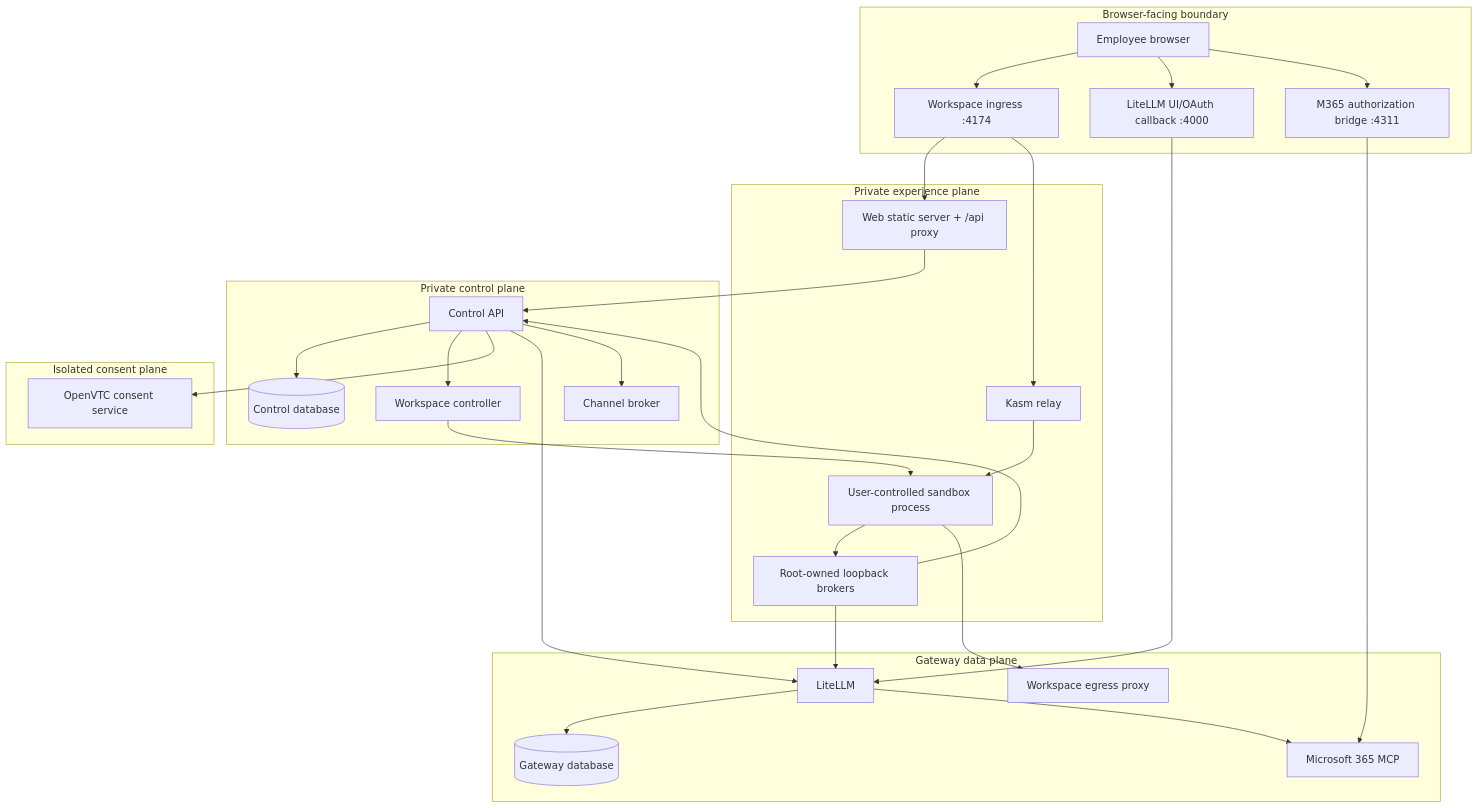
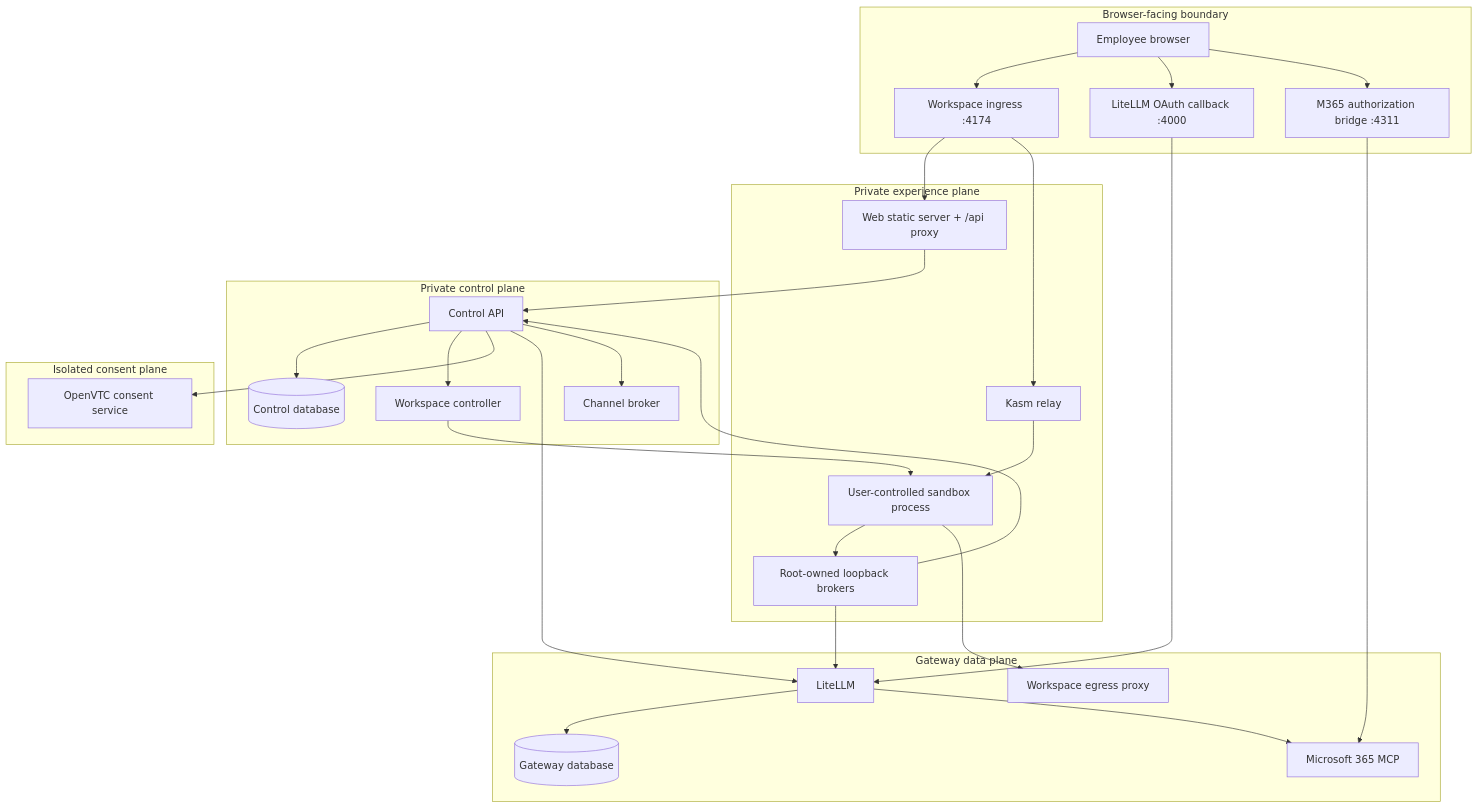
Before and after one commit to ONE-Computer/LemmaComputer: the first of 2 diagrams in docs/architecture.md, drawn with Mermaid. The commit also changed other lines of this file and 20 other files, not shown here.

````diff
--- a/docs/architecture.md
+++ b/docs/architecture.md
@@ -73,51 +77,51 @@
 ```mermaid
 flowchart TB
   subgraph Public["Browser-facing boundary"]
     Browser["Employee browser"]
     Ingress["Workspace ingress :4174"]
-    GatewayUI["LiteLLM UI/OAuth callback :4000"]
+    GatewayOAuth["LiteLLM OAuth callback :4000"]
     M365Bridge["M365 authorization bridge :4311"]
   end
 
   subgraph Experience["Private experience plane"]
     Web["Web static server + /api proxy"]
     Sandbox["User-controlled sandbox process"]
     Loopback["Root-owned loopback brokers"]
     Relay["Kasm relay"]
   end
 
   subgraph ControlPlane["Private control plane"]
     Control["Control API"]
     Controller["Workspace controller"]
     Channel["Channel broker"]
     ControlDB[("Control database")]
   end
 
   subgraph ConsentPlane["Isolated consent plane"]
     OpenVTC["OpenVTC consent service"]
   end
 
   subgraph DataPlane["Gateway data plane"]
     LiteLLM["LiteLLM"]
     M365["Microsoft 365 MCP"]
     GatewayDB[("Gateway database")]
     Egress["Workspace egress proxy"]
   end
 
   Browser --> Ingress --> Web --> Control
-  Browser --> GatewayUI --> LiteLLM
+  Browser --> GatewayOAuth --> LiteLLM
   Browser --> M365Bridge --> M365
   Control --> ControlDB
   Control --> Controller
   Control --> OpenVTC
   Control --> LiteLLM
   Control --> Channel
   Controller --> Sandbox
   Ingress --> Relay --> Sandbox
   Sandbox --> Loopback
   Loopback --> Control
   Loopback --> LiteLLM
   Sandbox --> Egress
   LiteLLM --> GatewayDB
   LiteLLM --> M365
 ```
````
